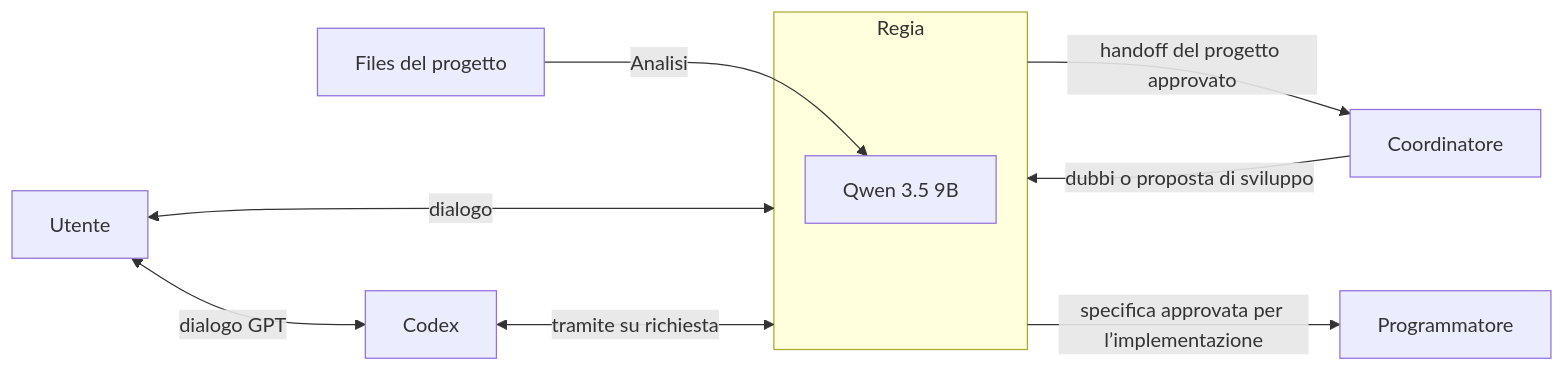
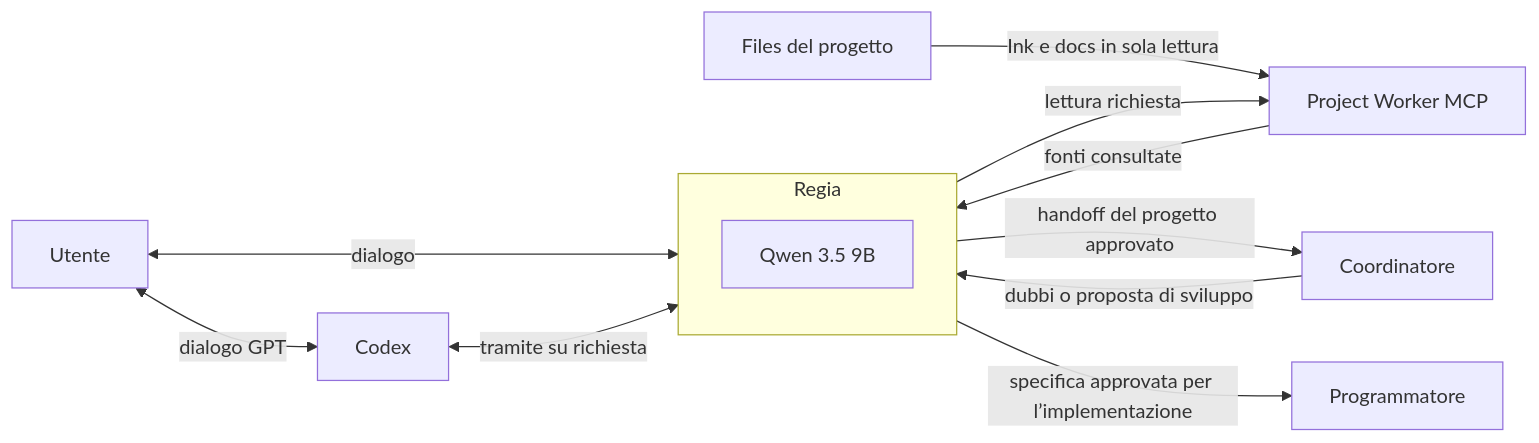
The second of 10 diagrams in README.md (DRincs-Productions/LM-Studio), drawn with Mermaid before and after one commit. The commit also changed other lines of this file and 10 other files, not shown here.

````diff
--- a/README.md
+++ b/README.md
@@ -39,17 +43,20 @@
 ```mermaid
 flowchart LR
     U[Utente]
     F[Files del progetto]
     subgraph REGIA[Regia]
         Q[Qwen 3.5 9B]
     end
     C[Coordinatore]
     P[Programmatore]
+    PW[Project Worker MCP]
     U <-->|dialogo| REGIA
     U <-->|dialogo GPT| CX[Codex]
     CX <-->|tramite su richiesta| REGIA
-    F -->|Analisi| Q
+    REGIA -->|lettura richiesta| PW
+    F -->|Ink e docs in sola lettura| PW
+    PW -->|fonti consultate| REGIA
     REGIA -->|handoff del progetto approvato| C
     C -->|dubbi o proposta di sviluppo| REGIA
     REGIA -->|specifica approvata per l’implementazione| P
 ```
````
